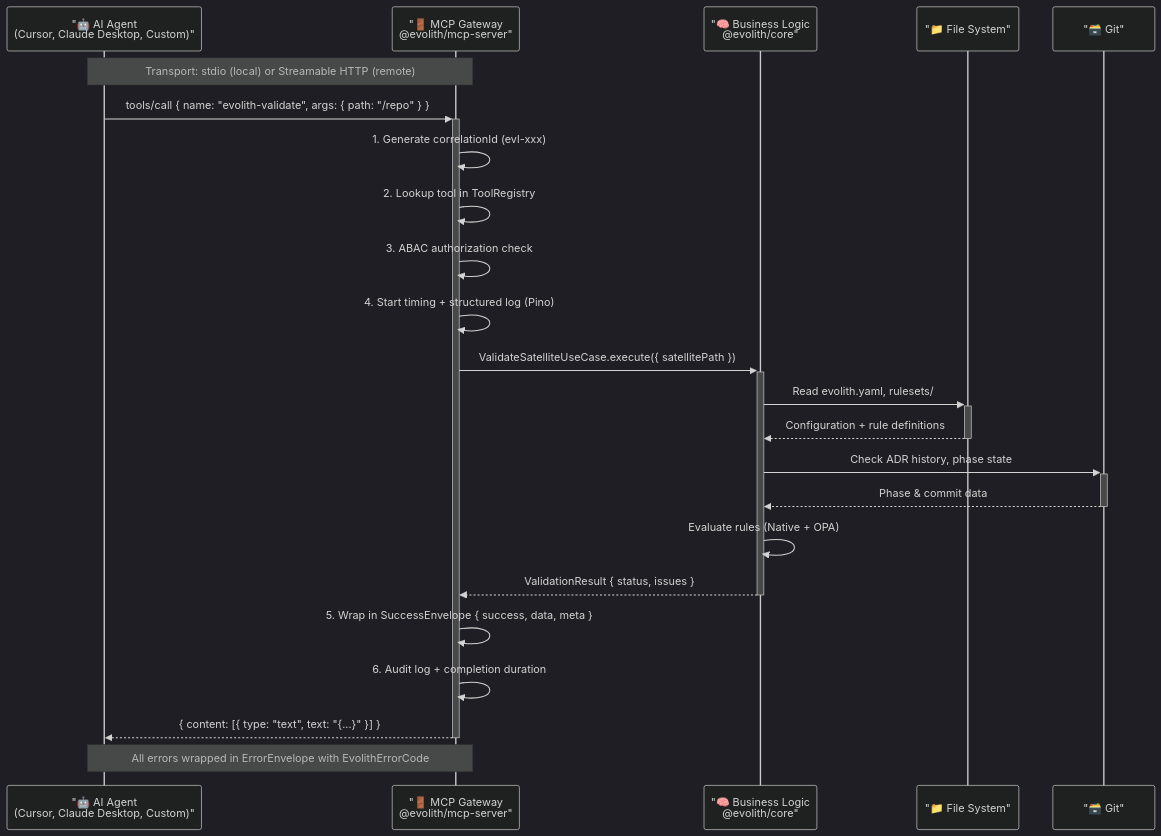
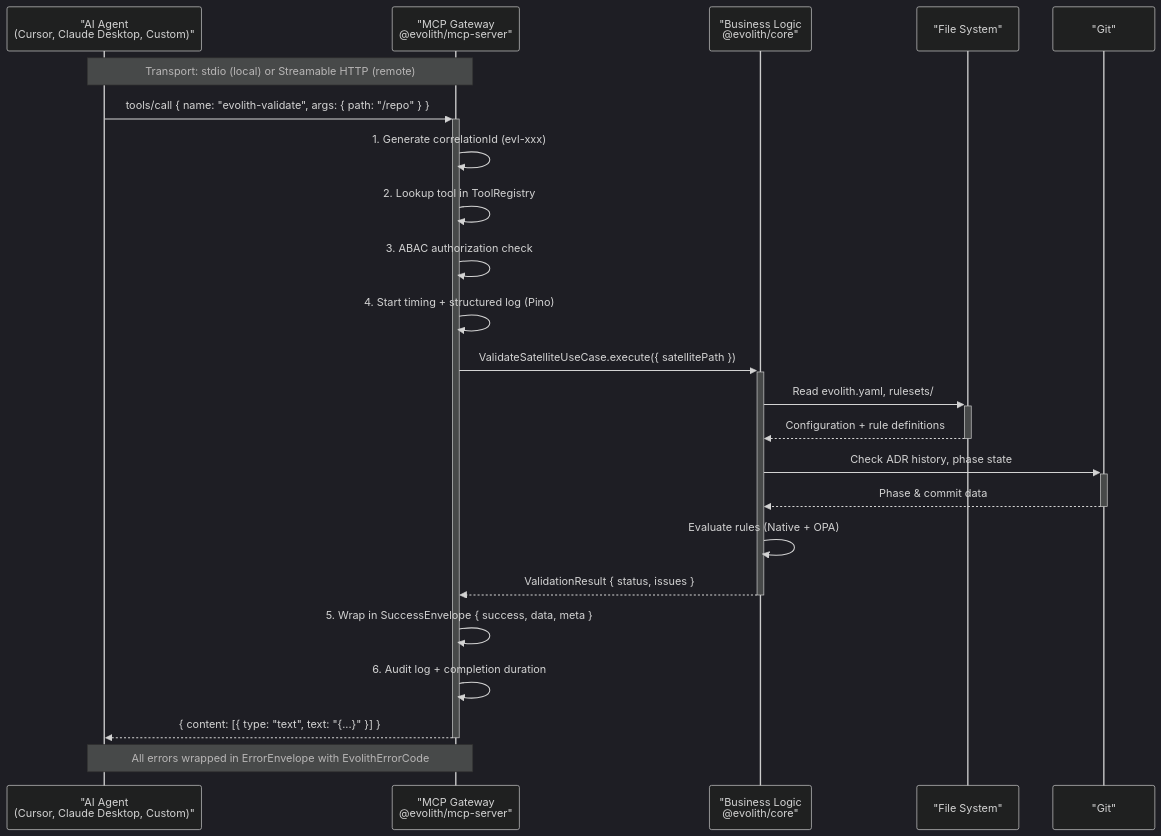
Before and after one commit to beyondnetcode/evolith_arch32: the diagram in packages/mcp-server/README.md, drawn with Mermaid (dark theme). The commit also changed other lines of this file and 46 other files, not shown here.

````diff
--- a/packages/mcp-server/README.md
+++ b/packages/mcp-server/README.md
@@ -34,34 +34,34 @@
 ```mermaid
 sequenceDiagram
-    participant Agent as "🤖 AI Agent<br/>(Cursor, Claude Desktop, Custom)"
-    participant Gateway as "🚪 MCP Gateway<br/>@evolith/mcp-server"
-    participant Core as "🧠 Business Logic<br/>@evolith/core"
-    participant FS as "📁 File System"
-    participant Git as "🗃️ Git"
+    participant Agent as "AI Agent<br/>(Cursor, Claude Desktop, Custom)"
+    participant Gateway as "MCP Gateway<br/>@evolith/mcp-server"
+    participant Core as "Business Logic<br/>@evolith/core"
+    participant FS as "File System"
+    participant Git as "Git"
 
     Note over Agent,Gateway: Transport: stdio (local) or Streamable HTTP (remote)
 
     Agent->>+Gateway: tools/call { name: "evolith-validate", args: { path: "/repo" } }
 
     Gateway->>Gateway: 1. Generate correlationId (evl-xxx)
     Gateway->>Gateway: 2. Lookup tool in ToolRegistry
     Gateway->>Gateway: 3. ABAC authorization check
     Gateway->>Gateway: 4. Start timing + structured log (Pino)
 
     Gateway->>+Core: ValidateSatelliteUseCase.execute({ satellitePath })
     Core->>+FS: Read evolith.yaml, rulesets/
     FS-->>-Core: Configuration + rule definitions
 
     Core->>+Git: Check ADR history, phase state
     Git-->>-Core: Phase & commit data
 
     Core->>Core: Evaluate rules (Native + OPA)
     Core-->>-Gateway: ValidationResult { status, issues }
 
     Gateway->>Gateway: 5. Wrap in SuccessEnvelope { success, data, meta }
     Gateway->>Gateway: 6. Audit log + completion duration
 
     Gateway-->>-Agent: { content: [{ type: "text", text: "{...}" }] }
 
     Note over Agent,Gateway: All errors wrapped in ErrorEnvelope with EvolithErrorCode
 ```
````
